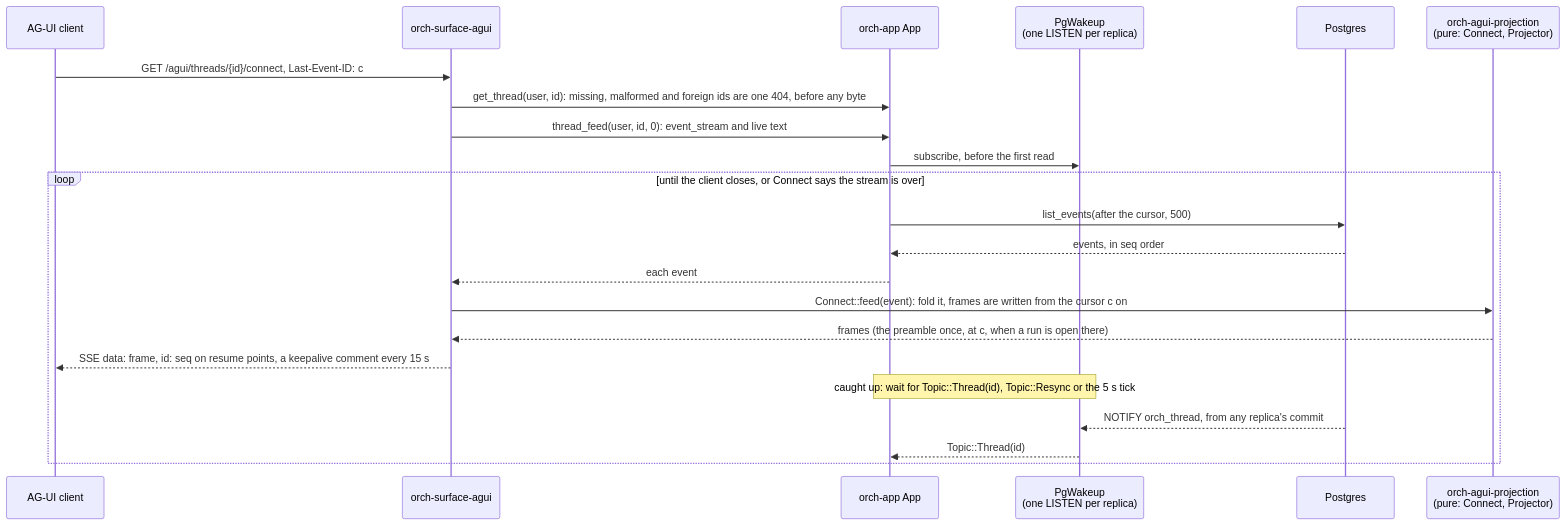
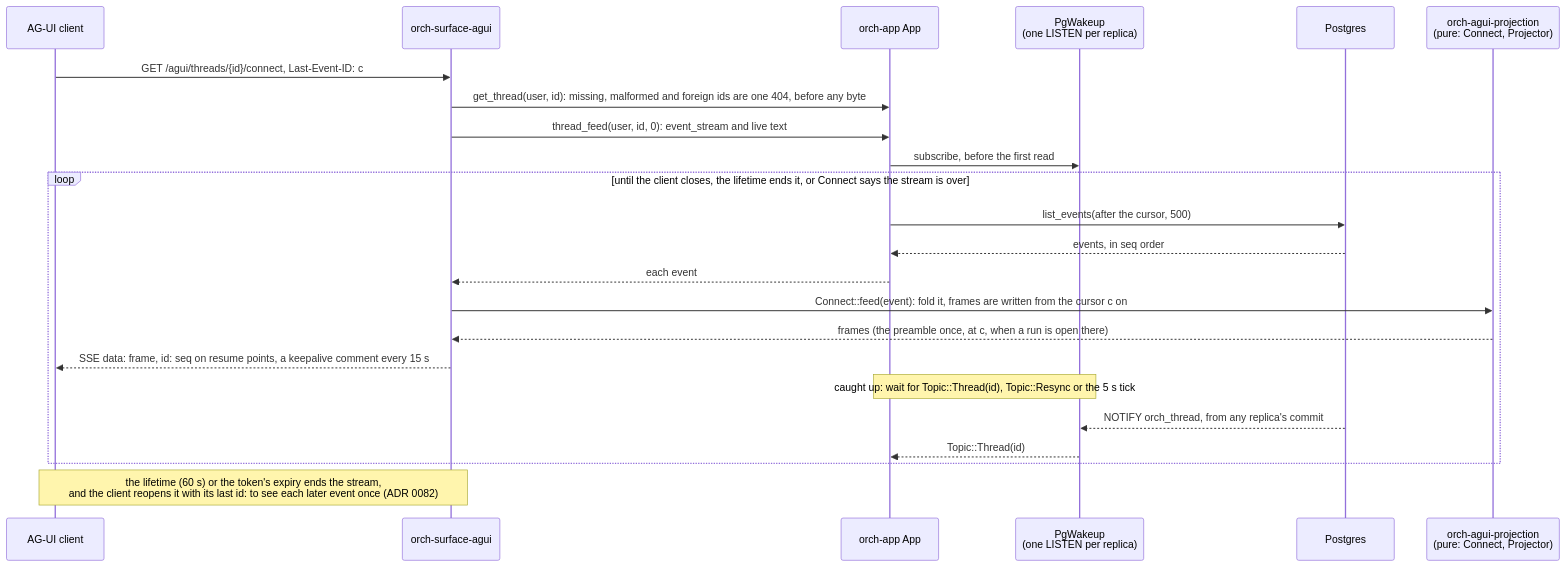
One commit to vymalo/another-agentic-system changed diagram 53 of 56 in docs/orchestrator.md. Above: the diagram before and after it, drawn with Mermaid. The commit also changed other lines of this file and 4 other files, not shown here.

First line of the commit message:
docs(api): the stream's lifetime and the resent message id

````diff
--- a/docs/orchestrator.md
+++ b/docs/orchestrator.md
@@ -2830,24 +2830,25 @@
 ```mermaid
 sequenceDiagram
   participant C as AG-UI client
   participant S as orch-surface-agui
   participant A as orch-app App
   participant W as PgWakeup<br/>(one LISTEN per replica)
   participant DB as Postgres
   participant P as orch-agui-projection<br/>(pure: Connect, Projector)
   C->>S: GET /agui/threads/{id}/connect, Last-Event-ID: c
   S->>A: get_thread(user, id): missing, malformed and foreign ids are one 404, before any byte
   S->>A: thread_feed(user, id, 0): event_stream and live text
   A->>W: subscribe, before the first read
-  loop until the client closes, or Connect says the stream is over
+  loop until the client closes, the lifetime ends it, or Connect says the stream is over
     A->>DB: list_events(after the cursor, 500)
     DB-->>A: events, in seq order
     A-->>S: each event
     S->>P: Connect::feed(event): fold it, frames are written from the cursor c on
     P-->>S: frames (the preamble once, at c, when a run is open there)
     S-->>C: SSE data: frame, id: seq on resume points, a keepalive comment every 15 s
     Note over A,W: caught up: wait for Topic::Thread(id), Topic::Resync or the 5 s tick
     DB-->>W: NOTIFY orch_thread, from any replica's commit
     W-->>A: Topic::Thread(id)
   end
+  Note over C,S: the lifetime (60 s) or the token's expiry ends the stream,<br/>and the client reopens it with its last id: to see each later event once (ADR 0082)
 ```
````
